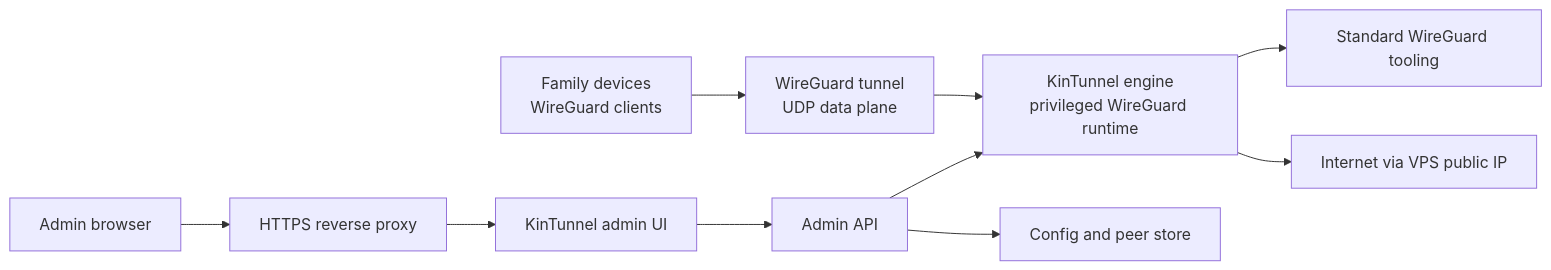
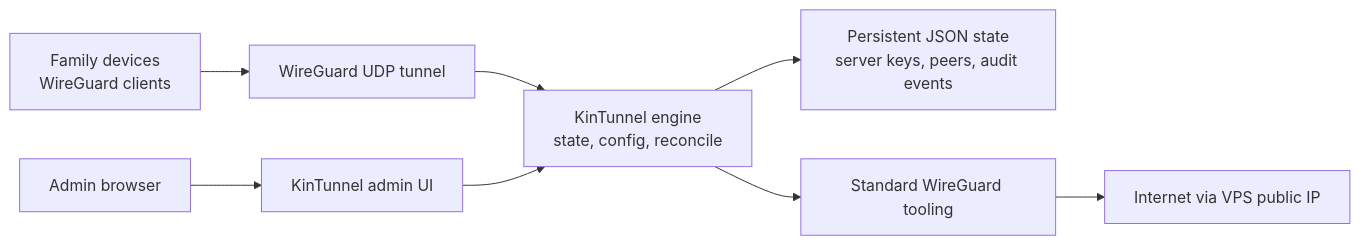
One commit to PascalAI2024/kintunnel changed the diagram in README.md. Above: the diagram before and after it, drawn with Mermaid. The commit also changed other lines of this file and 53 other files, not shown here.

Commit message:
Polish KinTunnel brand and security posture

````diff
--- a/README.md
+++ b/README.md
@@ -103,12 +78,10 @@
 ```mermaid
 flowchart LR
-    user["Family devices<br>WireGuard clients"] --> tunnel["WireGuard tunnel<br>UDP data plane"]
-    tunnel --> engine["KinTunnel engine<br>privileged WireGuard runtime"]
-    admin["Admin browser"] --> proxy["HTTPS reverse proxy"]
-    proxy --> ui["KinTunnel admin UI"]
-    ui --> api["Admin API"]
-    api --> store["Config and peer store"]
-    api --> engine
+    devices["Family devices<br>WireGuard clients"] --> tunnel["WireGuard UDP tunnel"]
+    tunnel --> engine["KinTunnel engine<br>state, config, reconcile"]
+    admin["Admin browser"] --> ui["KinTunnel admin UI"]
+    ui --> engine
+    engine --> store["Persistent JSON state<br>server keys, peers, audit events"]
     engine --> wg["Standard WireGuard tooling"]
-    engine --> internet["Internet via VPS public IP"]
+    wg --> internet["Internet via VPS public IP"]
 ```
````
